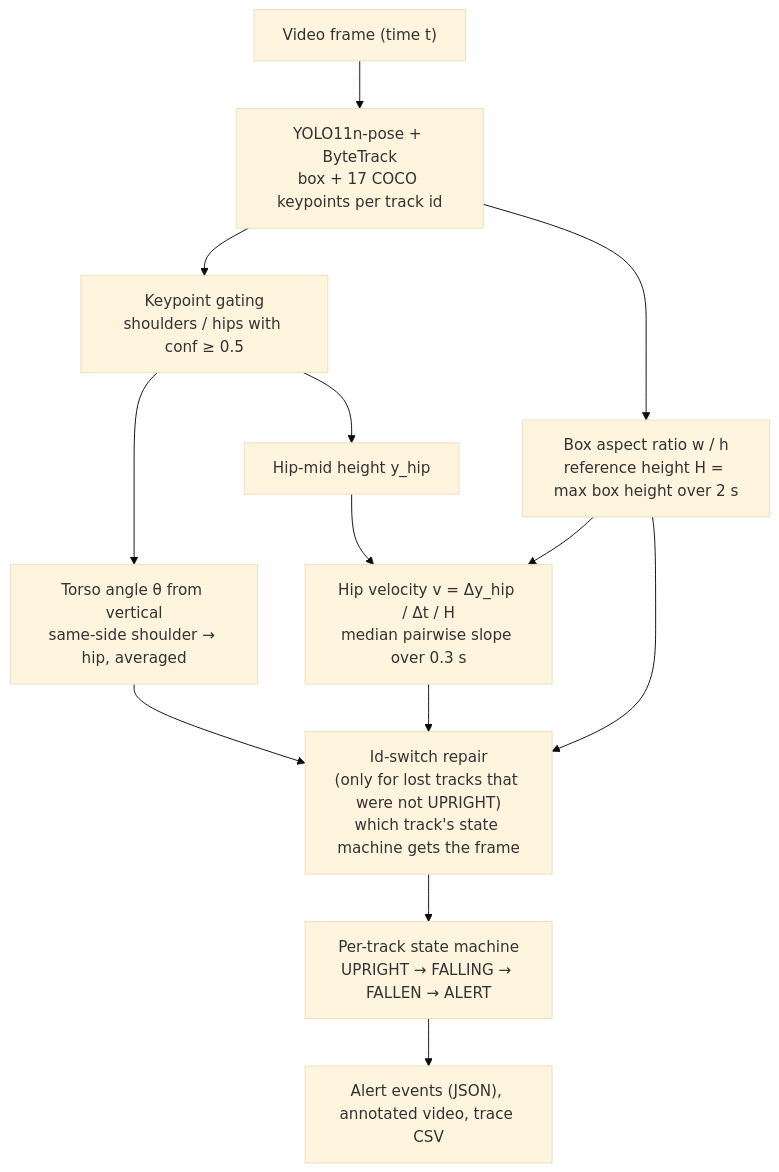
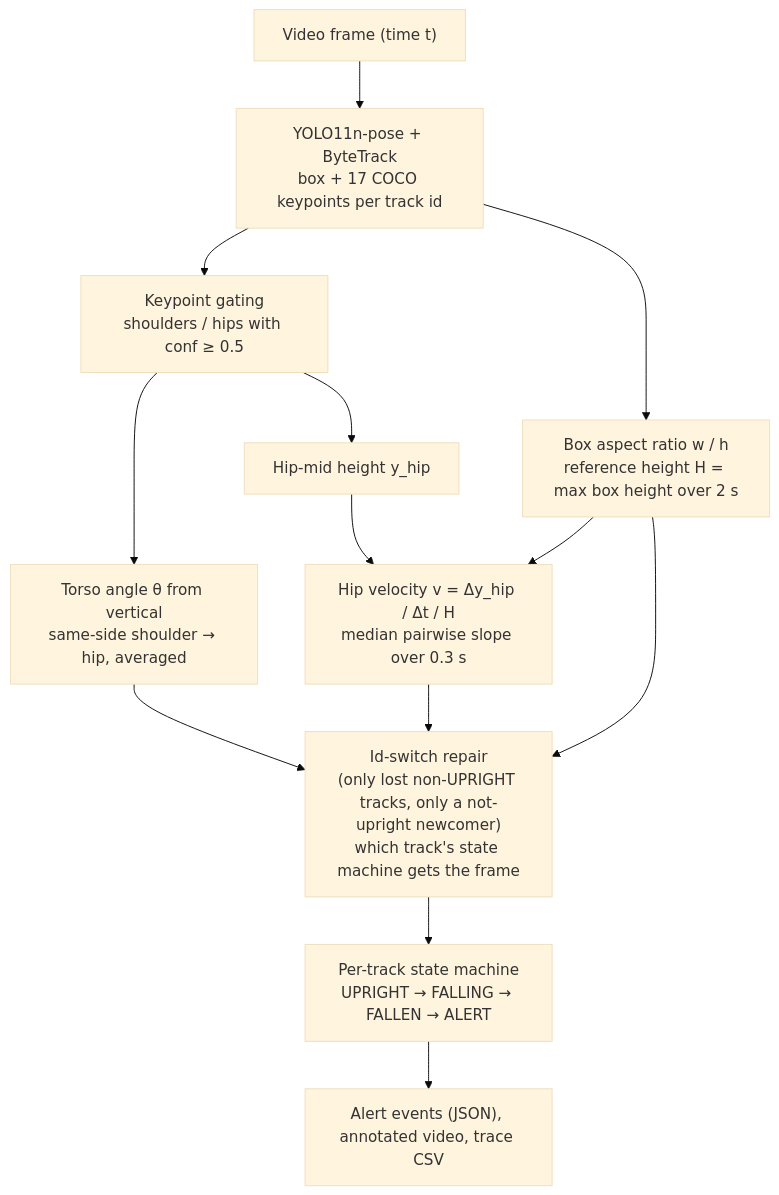
One commit to karemdm/fall-detection-alert changed the first of 2 diagrams in docs/how-it-works.md. Above: the diagram before and after it, drawn with Mermaid (base theme). The commit also changed other lines of this file and 5 other files, not shown here.

Commit message:
Do not stitch a clearly upright newcomer to a lost track

````diff
--- a/docs/how-it-works.md
+++ b/docs/how-it-works.md
@@ -8,15 +8,15 @@
 ```mermaid
 flowchart TD
     A["Video frame (time t)"] --> B["YOLO11n-pose + ByteTrack<br/>box + 17 COCO keypoints per track id"]
     B --> C["Keypoint gating<br/>shoulders / hips with conf ≥ 0.5"]
     C --> D["Torso angle θ from vertical<br/>same-side shoulder → hip, averaged"]
     C --> E["Hip-mid height y_hip"]
     B --> F["Box aspect ratio w / h<br/>reference height H = max box height over 2 s"]
     E --> G["Hip velocity v = Δy_hip / Δt / H<br/>median pairwise slope over 0.3 s"]
     F --> G
-    D --> R["Id-switch repair<br/>(only for lost tracks that were not UPRIGHT)<br/>which track's state machine gets the frame"]
+    D --> R["Id-switch repair<br/>(only lost non-UPRIGHT tracks, only a not-upright newcomer)<br/>which track's state machine gets the frame"]
     F --> R
     G --> R
     R --> H["Per-track state machine<br/>UPRIGHT → FALLING → FALLEN → ALERT"]
     H --> L["Alert events (JSON), annotated video, trace CSV"]
 ```
````
